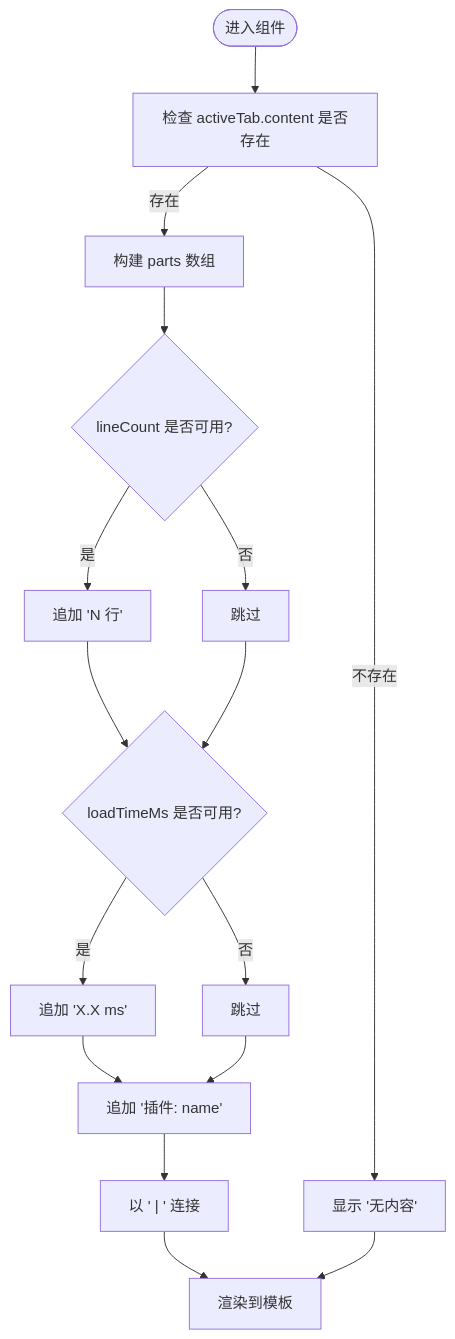
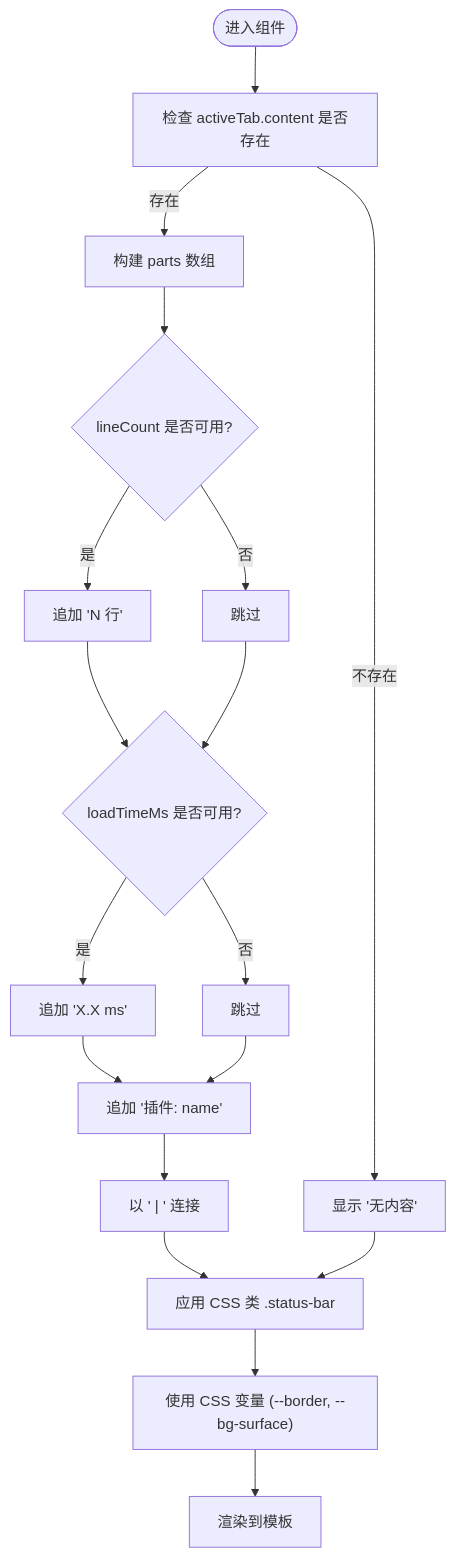
The third of 4 diagrams in .qoder/repowiki/zh/content/用户界面/核心组件/工作区组件/状态栏组件.md (taoweidong/Hello-Tauri), drawn with Mermaid before and after one commit. The commit also changed other lines of this file and 14 other files, not shown here.

````diff
--- a/.qoder/repowiki/zh/content/用户界面/核心组件/工作区组件/状态栏组件.md
+++ b/.qoder/repowiki/zh/content/用户界面/核心组件/工作区组件/状态栏组件.md
@@ -112,18 +144,20 @@
 ```mermaid
 flowchart TD
 Start(["进入组件"]) --> CheckActive["检查 activeTab.content 是否存在"]
 CheckActive --> |不存在| NoContent["显示 '无内容'"]
 CheckActive --> |存在| BuildParts["构建 parts 数组"]
 BuildParts --> AddLine{"lineCount 是否可用?"}
 AddLine --> |是| PushLine["追加 'N 行'"]
 AddLine --> |否| SkipLine["跳过"]
 PushLine --> AddLoad{"loadTimeMs 是否可用?"}
 SkipLine --> AddLoad
 AddLoad --> |是| PushLoad["追加 'X.X ms'"]
 AddLoad --> |否| SkipLoad["跳过"]
 PushLoad --> AppendPlugin["追加 '插件: name'"]
 SkipLoad --> AppendPlugin
 AppendPlugin --> Join["以 ' | ' 连接"]
-Join --> Render["渲染到模板"]
-NoContent --> Render
+Join --> ApplyStyles["应用 CSS 类 .status-bar"]
+ApplyStyles --> UseThemeVars["使用 CSS 变量 (--border, --bg-surface)"]
+UseThemeVars --> Render["渲染到模板"]
+NoContent --> ApplyStyles
 ```
````
